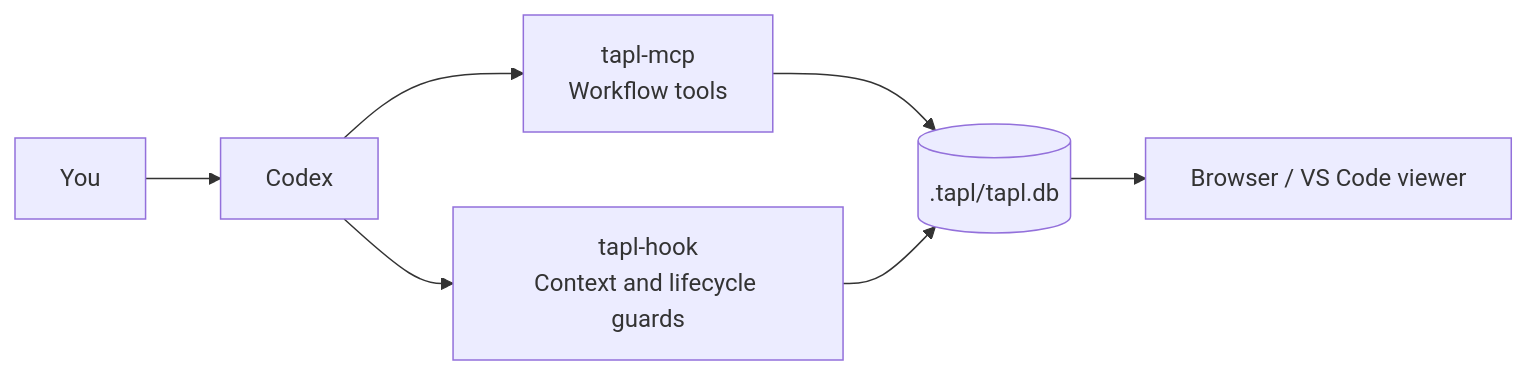
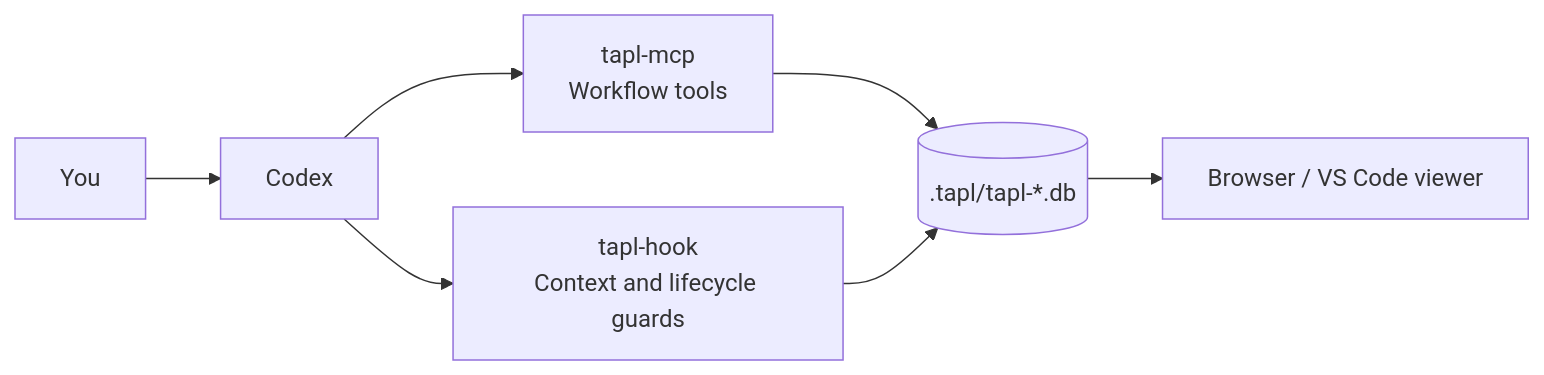
Before and after one commit to qkdxorjs1002/tapl: the diagram in README.md, drawn with Mermaid. The commit also changed other lines of this file and 83 other files, not shown here.

````diff
--- a/README.md
+++ b/README.md
@@ -245,9 +245,9 @@
 ```mermaid
 flowchart LR
     U[You] --> C[Codex]
     C --> M[tapl-mcp<br/>Workflow tools]
     C --> H[tapl-hook<br/>Context and lifecycle guards]
-    M --> D[(.tapl/tapl.db)]
+    M --> D[(".tapl/tapl-*.db")]
     H --> D
     D --> V[Browser / VS Code viewer]
 ```
````
